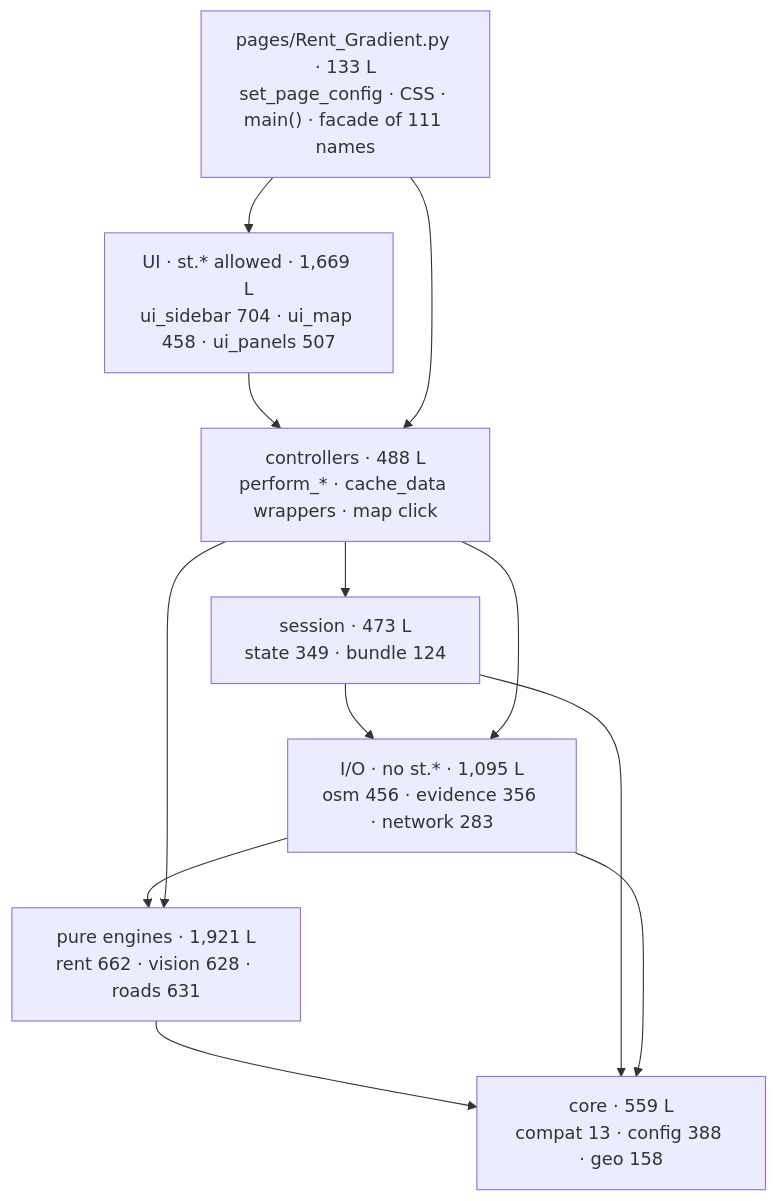
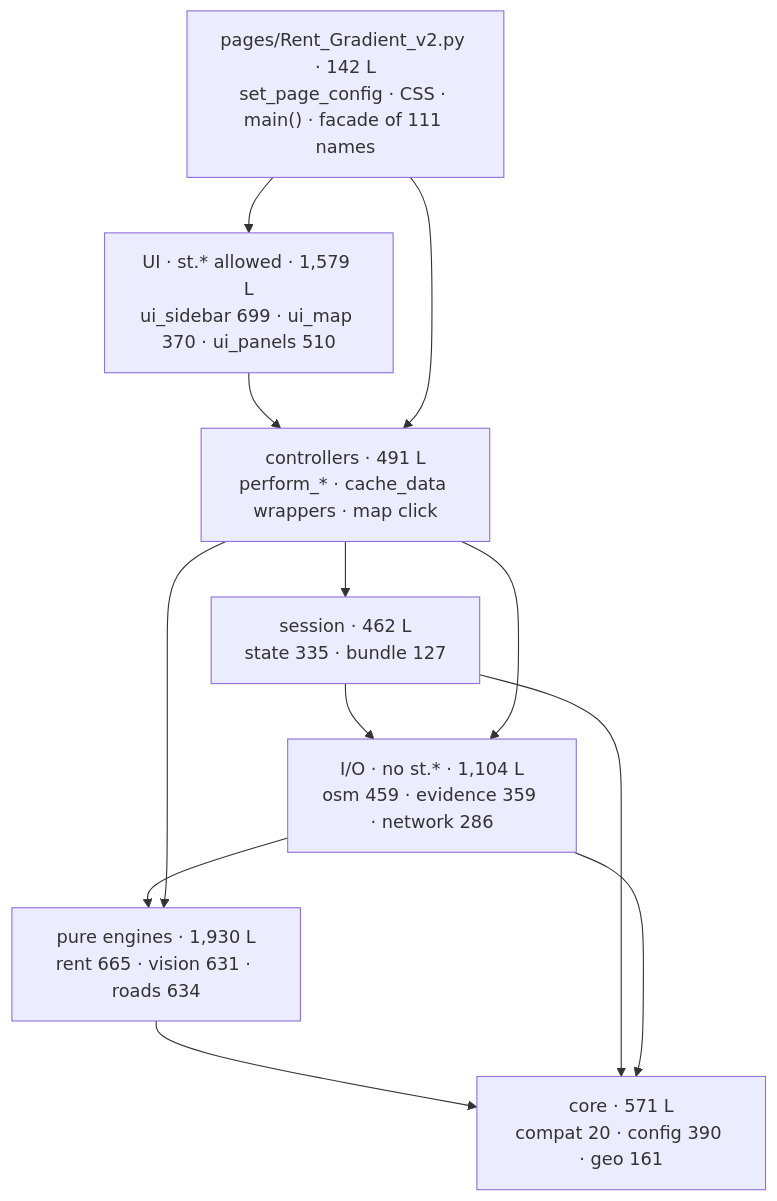
The second of 3 diagrams in docs/Rent_Gradient_flowchart_Refactor_plan.md (firstnattapon/Stock_Price), drawn with Mermaid before and after one commit. The commit also changed other lines of this file, not shown here.

````diff
--- a/docs/Rent_Gradient_flowchart_Refactor_plan.md
+++ b/docs/Rent_Gradient_flowchart_Refactor_plan.md
@@ -61,16 +61,16 @@
 ```mermaid
 flowchart TB
-    PAGE["pages/Rent_Gradient.py · 133 L<br/>set_page_config · CSS · main() · facade of 111 names"]
-    UIL["UI · st.* allowed · 1,669 L<br/>ui_sidebar 704 · ui_map 458 · ui_panels 507"]
-    CT["controllers · 488 L<br/>perform_* · cache_data wrappers · map click"]
-    SES["session · 473 L<br/>state 349 · bundle 124"]
-    IOL["I/O · no st.* · 1,095 L<br/>osm 456 · evidence 356 · network 283"]
-    ENGL["pure engines · 1,921 L<br/>rent 662 · vision 628 · roads 631"]
-    CORE["core · 559 L<br/>compat 13 · config 388 · geo 158"]
+    PAGE["pages/Rent_Gradient_v2.py · 142 L<br/>set_page_config · CSS · main() · facade of 111 names"]
+    UIL["UI · st.* allowed · 1,579 L<br/>ui_sidebar 699 · ui_map 370 · ui_panels 510"]
+    CT["controllers · 491 L<br/>perform_* · cache_data wrappers · map click"]
+    SES["session · 462 L<br/>state 335 · bundle 127"]
+    IOL["I/O · no st.* · 1,104 L<br/>osm 459 · evidence 359 · network 286"]
+    ENGL["pure engines · 1,930 L<br/>rent 665 · vision 631 · roads 634"]
+    CORE["core · 571 L<br/>compat 20 · config 390 · geo 161"]
     PAGE --> UIL --> CT --> SES --> IOL --> ENGL --> CORE
     PAGE --> CT
     CT --> IOL
     CT --> ENGL
     SES --> CORE
     IOL --> CORE
 ```
````
